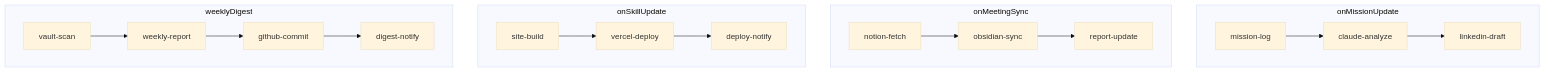
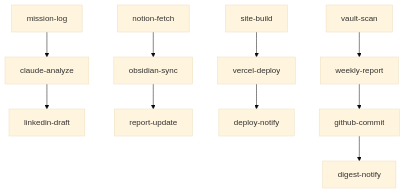
Before and after one commit to pandol69kim-bot/gitautopipe: the seventh of 8 diagrams in 프로그램 흐름도.md, drawn with Mermaid (base theme). The commit also changed other lines of this file and 1 other file, not shown here.

Commit message:
feat: Update project diagrams to improve Mermaid compatibility and clarity

````diff
--- a/프로그램 흐름도.md
+++ b/프로그램 흐름도.md
@@ -156,31 +202,25 @@
 ```mermaid
-flowchart TB
-  subgraph Mission["onMissionUpdate"]
-    M1["mission-log"]
-    M2["claude-analyze"]
-    M3["linkedin-draft"]
-    M1 --> M2 --> M3
-  end
-
-  subgraph Meeting["onMeetingSync"]
-    N1["notion-fetch"]
-    N2["obsidian-sync"]
-    N3["report-update"]
-    N1 --> N2 --> N3
-  end
-
-  subgraph Skill["onSkillUpdate"]
-    S1["site-build"]
-    S2["vercel-deploy"]
-    S3["deploy-notify"]
-    S1 --> S2 --> S3
-  end
-
-  subgraph Weekly["weeklyDigest"]
-    W1["vault-scan"]
-    W2["weekly-report"]
-    W3["github-commit"]
-    W4["digest-notify"]
-    W1 --> W2 --> W3 --> W4
-  end
+graph TD
+M1[mission-log]
+M2[claude-analyze]
+M3[linkedin-draft]
+N1[notion-fetch]
+N2[obsidian-sync]
+N3[report-update]
+S1[site-build]
+S2[vercel-deploy]
+S3[deploy-notify]
+W1[vault-scan]
+W2[weekly-report]
+W3[github-commit]
+W4[digest-notify]
+M1 --> M2
+M2 --> M3
+N1 --> N2
+N2 --> N3
+S1 --> S2
+S2 --> S3
+W1 --> W2
+W2 --> W3
+W3 --> W4
 ```
````
